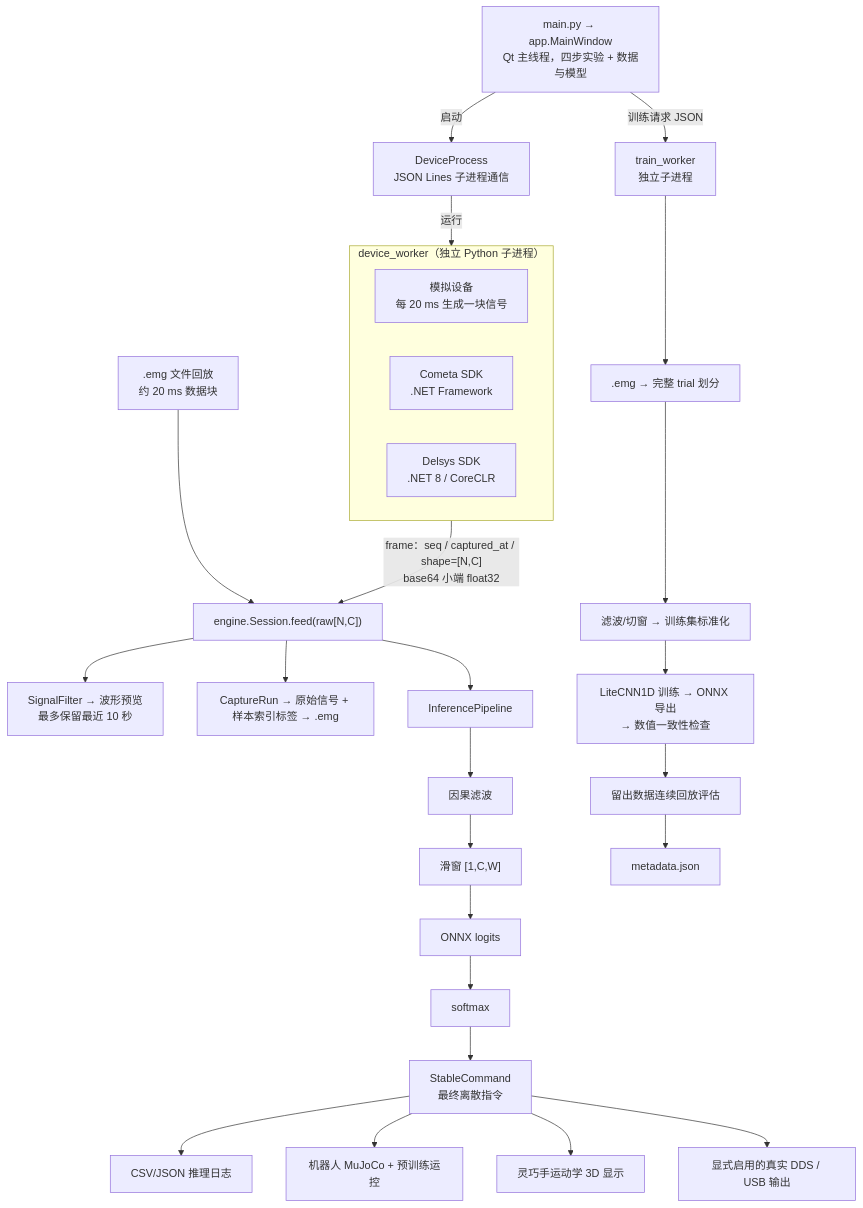
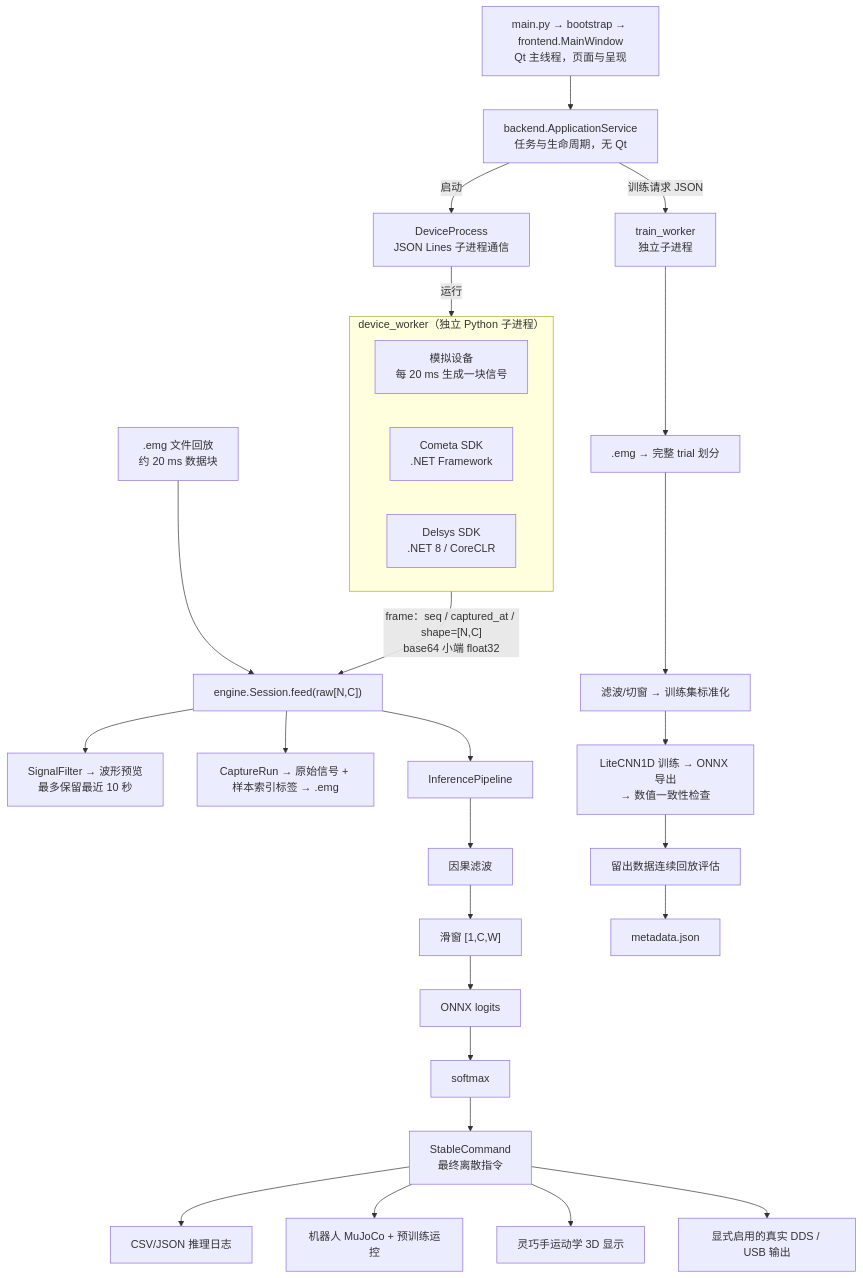
One commit to FAST-CERN/EMG_LAB changed the first of 3 diagrams in docs/TECHNICAL_GUIDE.md. Above: the diagram before and after it, drawn with Mermaid. The commit also changed other lines of this file and 177 other files, not shown here.

Commit message:
Separate desktop frontend from application services and add Windows release tooling

````diff
--- a/docs/TECHNICAL_GUIDE.md
+++ b/docs/TECHNICAL_GUIDE.md
@@ -9,34 +9,35 @@
 ```mermaid
 flowchart TD
-    main["main.py → app.MainWindow<br/>Qt 主线程，四步实验 + 数据与模型"]
+    main["main.py → bootstrap → frontend.MainWindow<br/>Qt 主线程，页面与呈现"]
 
     subgraph worker["device_worker（独立 Python 子进程）"]
         sim["模拟设备<br/>每 20 ms 生成一块信号"]
         cometa["Cometa SDK<br/>.NET Framework"]
         delsys["Delsys SDK<br/>.NET 8 / CoreCLR"]
     end
 
-    main -->|"启动"| dp["DeviceProcess<br/>JSON Lines 子进程通信"]
+    main --> api["backend.ApplicationService<br/>任务与生命周期，无 Qt"]
+    api -->|"启动"| dp["DeviceProcess<br/>JSON Lines 子进程通信"]
     dp -->|"运行"| worker
     worker -->|"frame：seq / captured_at / shape=[N,C]<br/>base64 小端 float32"| session["engine.Session.feed(raw[N,C])"]
 
     replay[".emg 文件回放<br/>约 20 ms 数据块"] --> session
 
     session --> preview["SignalFilter → 波形预览<br/>最多保留最近 10 秒"]
     session --> capture["CaptureRun → 原始信号 + 样本索引标签 → .emg"]
     session --> pipe["InferencePipeline"]
 
     pipe --> s1["因果滤波"] --> s2["滑窗 [1,C,W]"] --> s3["ONNX logits"] --> s4["softmax"] --> s5["StableCommand<br/>最终离散指令"]
 
     s5 --> o1["CSV/JSON 推理日志"]
     s5 --> o2["机器人 MuJoCo + 预训练运控"]
     s5 --> o3["灵巧手运动学 3D 显示"]
     s5 --> o4["显式启用的真实 DDS / USB 输出"]
 
-    main -->|"训练请求 JSON"| tw["train_worker<br/>独立子进程"]
+    api -->|"训练请求 JSON"| tw["train_worker<br/>独立子进程"]
     tw --> t1[".emg → 完整 trial 划分"]
     t1 --> t2["滤波/切窗 → 训练集标准化"]
     t2 --> t3["LiteCNN1D 训练 → ONNX 导出<br/>→ 数值一致性检查"]
     t3 --> t4["留出数据连续回放评估"]
     t4 --> t5["metadata.json"]
 ```
````
